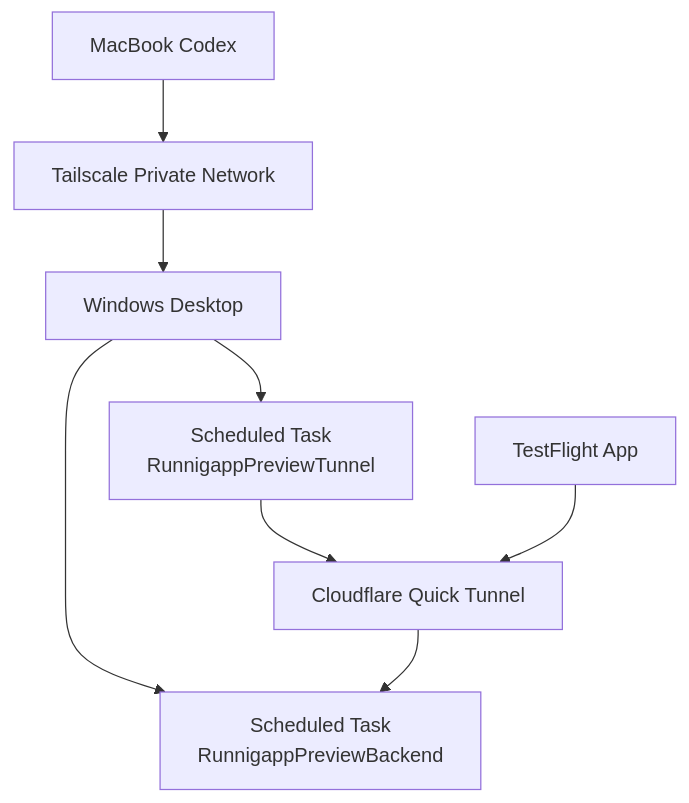
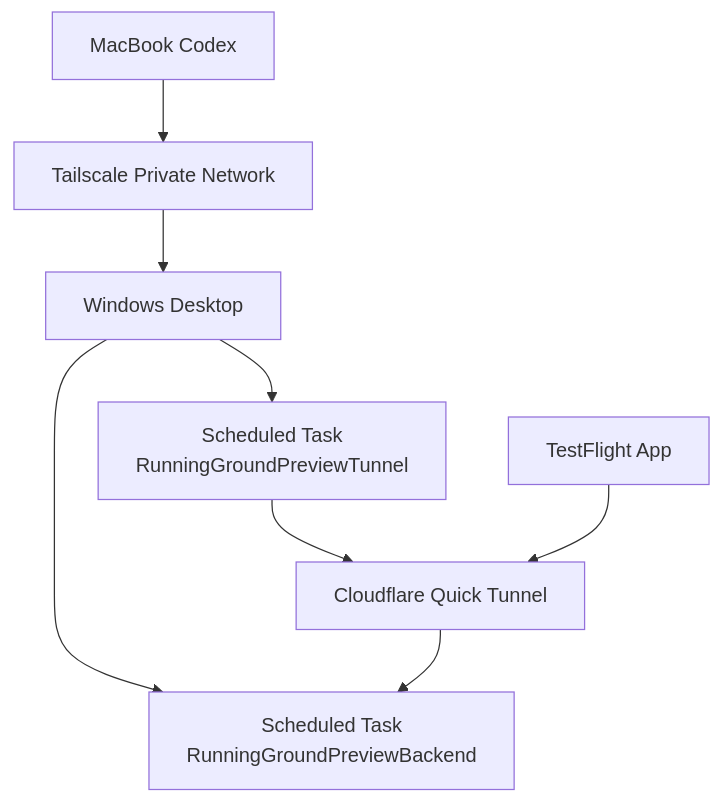
The sixth of 8 diagrams in docs/server-backend-architecture.md (Min-heee/running-ground), drawn with Mermaid before and after one commit. The commit also changed other lines of this file and 65 other files, not shown here.

Commit message:
Rename app brand to RunningGround

````diff
--- a/docs/server-backend-architecture.md
+++ b/docs/server-backend-architecture.md
@@ -226,18 +226,18 @@
 ```mermaid
 flowchart TD
   Mac["MacBook Codex"]
   Tailscale["Tailscale Private Network"]
   Desktop["Windows Desktop"]
-  BackendTask["Scheduled Task<br/>RunnigappPreviewBackend"]
-  TunnelTask["Scheduled Task<br/>RunnigappPreviewTunnel"]
+  BackendTask["Scheduled Task<br/>RunningGroundPreviewBackend"]
+  TunnelTask["Scheduled Task<br/>RunningGroundPreviewTunnel"]
   Cloudflare["Cloudflare Quick Tunnel"]
   TestFlight["TestFlight App"]
 
   Mac --> Tailscale
   Tailscale --> Desktop
   Desktop --> BackendTask
   Desktop --> TunnelTask
   TunnelTask --> Cloudflare
   TestFlight --> Cloudflare
   Cloudflare --> BackendTask
 ```
````
